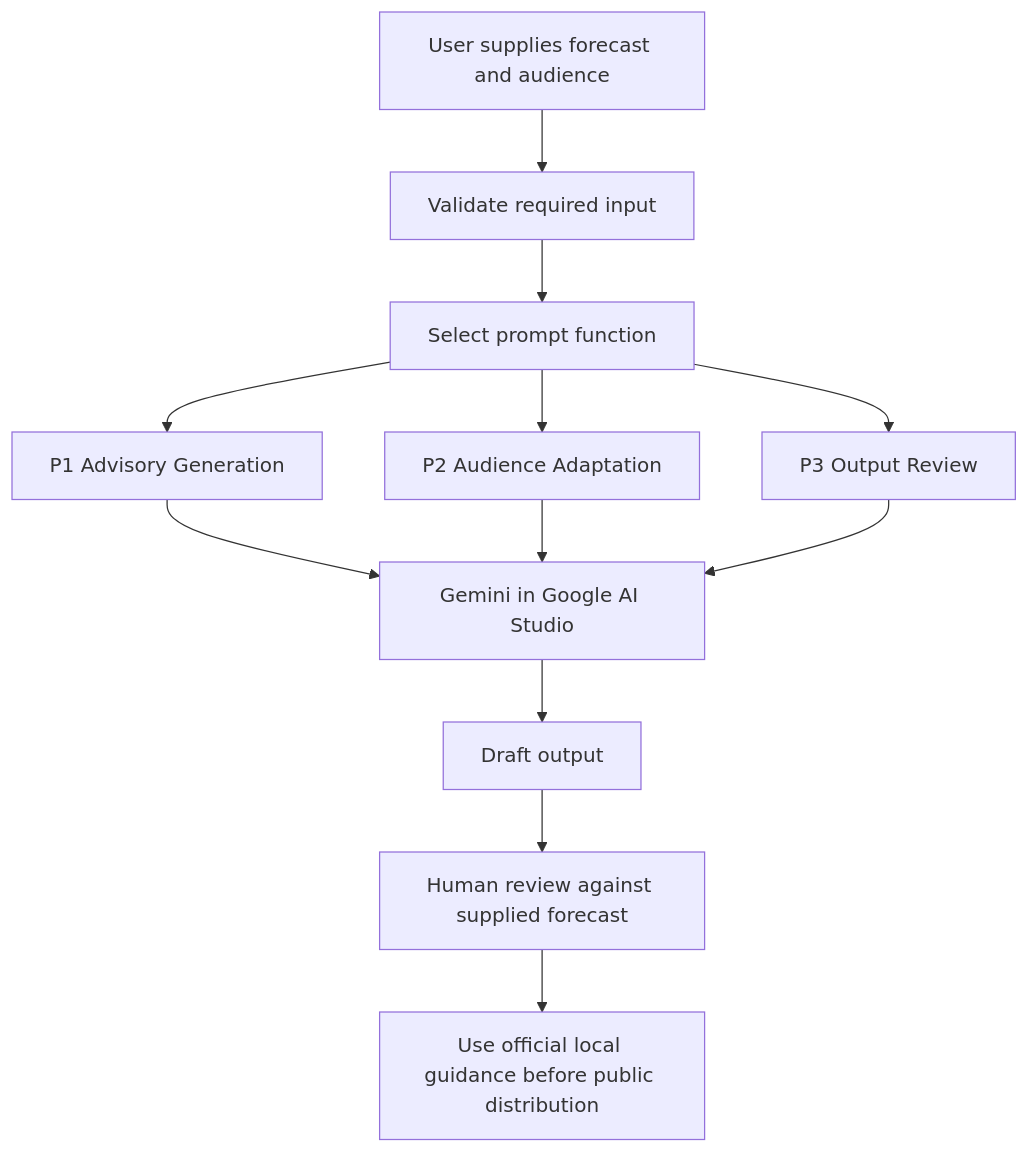
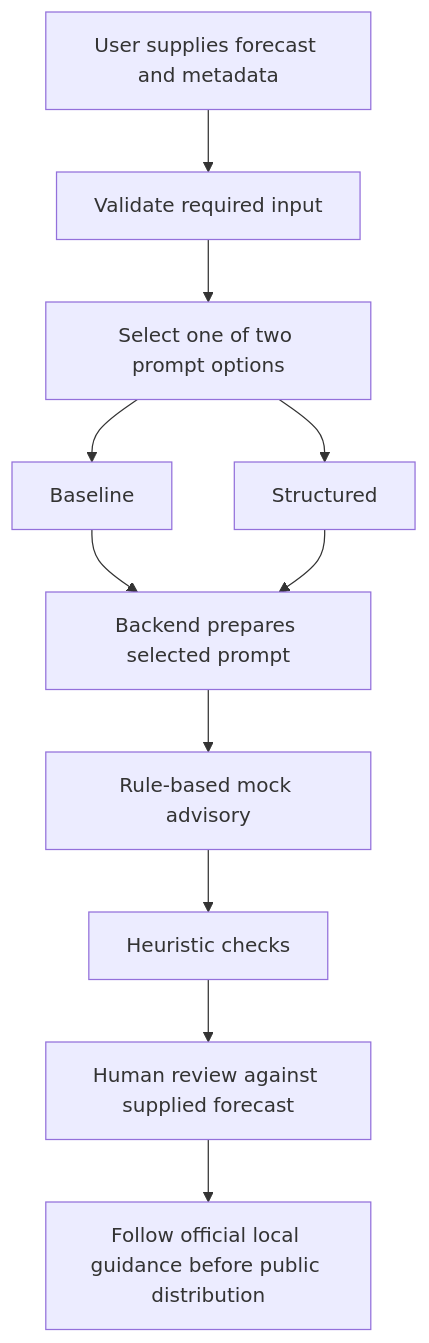
The diagram in docs/diagrams/prompt_workflow.mmd (ramanjaneyareddy15/heatguard-ai-g15), drawn with Mermaid before and after one commit.

Commit message:
Align HeatGuard documentation with Baseline and Structured options

```diff
--- a/docs/diagrams/prompt_workflow.mmd
+++ b/docs/diagrams/prompt_workflow.mmd
@@ -1,12 +1,11 @@
 flowchart TD
- A[User supplies forecast and audience] --> B[Validate required input]
- B --> C[Select prompt function]
- C --> D1[P1 Advisory Generation]
- C --> D2[P2 Audience Adaptation]
- C --> D3[P3 Output Review]
- D1 --> E[Gemini in Google AI Studio]
+ A[User supplies forecast and metadata] --> B[Validate required input]
+ B --> C[Select one of two prompt options]
+ C --> D1[Baseline]
+ C --> D2[Structured]
+ D1 --> E[Backend prepares selected prompt]
  D2 --> E
- D3 --> E
- E --> F[Draft output]
- F --> G[Human review against supplied forecast]
- G --> H[Use official local guidance before public distribution]
+ E --> F[Rule-based mock advisory]
+ F --> G[Heuristic checks]
+ G --> H[Human review against supplied forecast]
+ H --> I[Follow official local guidance before public distribution]
```
